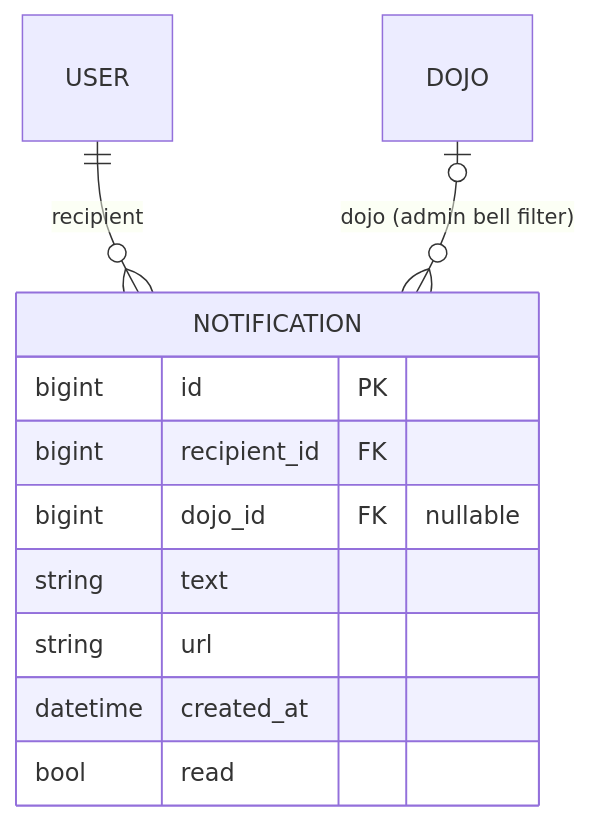
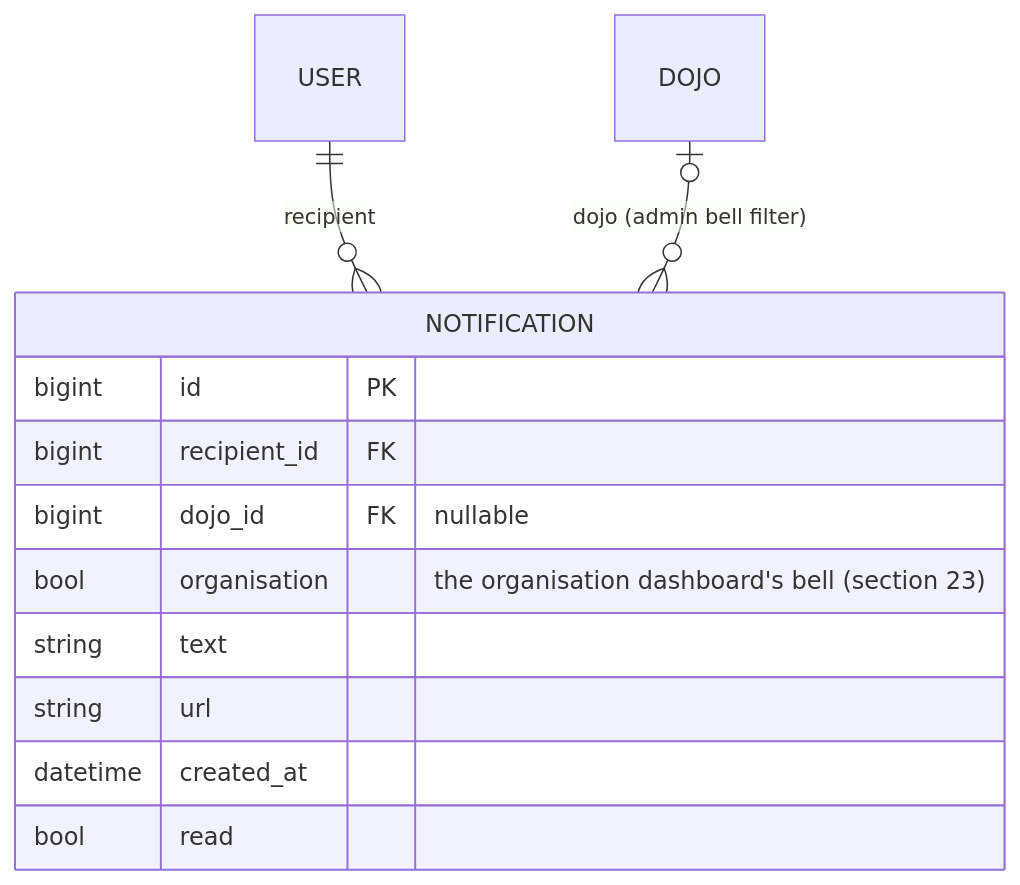
One commit to DoublG/coderdojo-event-registration changed diagram 13 of 32 in DATA_MODEL.md. Above: the diagram before and after it, drawn with Mermaid. The commit also changed other lines of this file and 1 other file, not shown here.

First line of the commit message:
DATA_MODEL.md: diagrams caught up with the code

````diff
--- a/DATA_MODEL.md
+++ b/DATA_MODEL.md
@@ -658,15 +689,16 @@
 ```mermaid
 erDiagram
     USER ||--o{ NOTIFICATION : "recipient"
     DOJO |o--o{ NOTIFICATION : "dojo (admin bell filter)"
 
     NOTIFICATION {
         bigint id PK
         bigint recipient_id FK
         bigint dojo_id FK "nullable"
+        bool organisation "the organisation dashboard's bell (section 23)"
         string text
         string url
         datetime created_at
         bool read
     }
 ```
````
